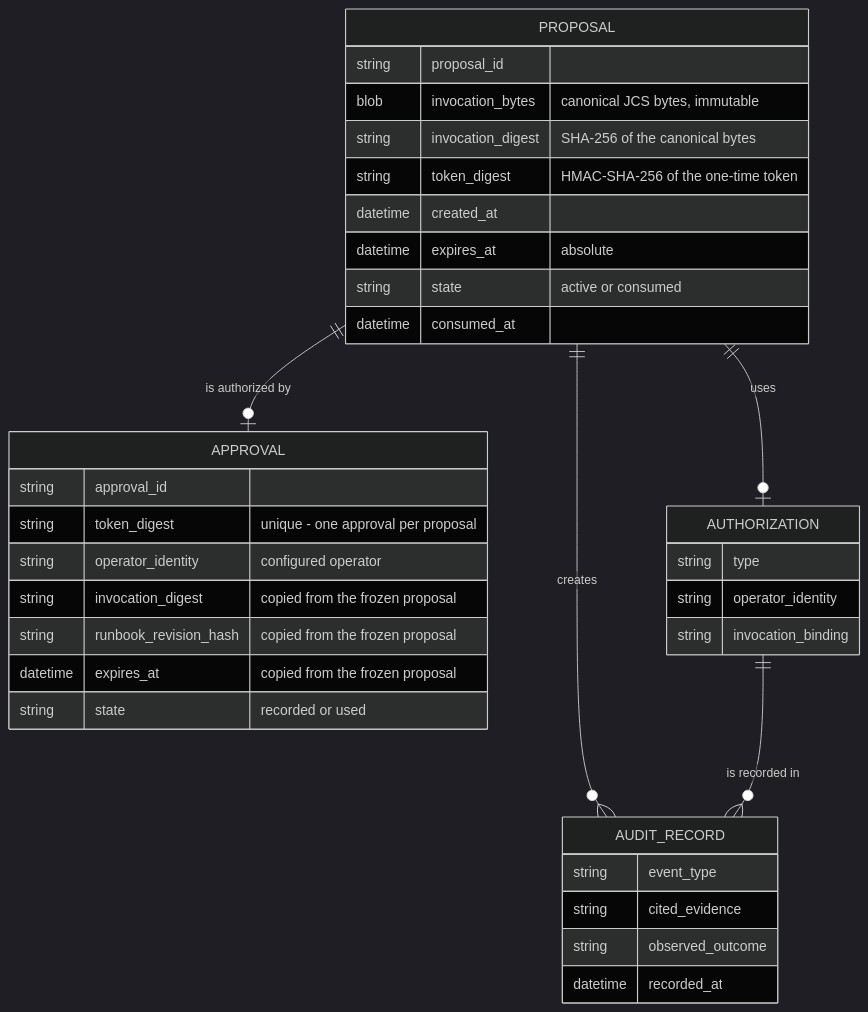
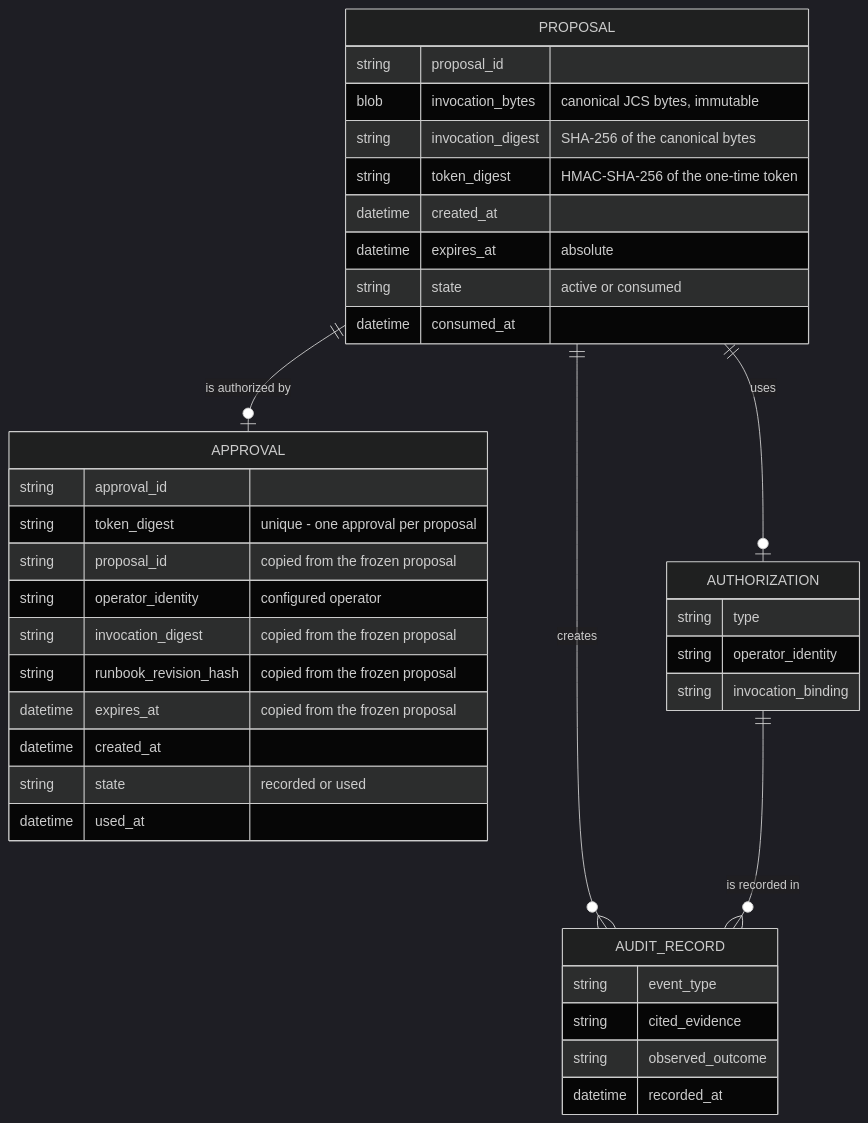
One commit to alanfong93/ops-guard changed the second of 2 diagrams in docs/architecture.md. Above: the diagram before and after it, drawn with Mermaid (dark theme). The commit also changed 3 other files, not shown here.

````diff
--- a/docs/architecture.md
+++ b/docs/architecture.md
@@ -28,37 +28,40 @@
 ```mermaid
 erDiagram
     PROPOSAL ||--o| APPROVAL : "is authorized by"
     PROPOSAL ||--o| AUTHORIZATION : "uses"
     PROPOSAL ||--o{ AUDIT_RECORD : "creates"
     AUTHORIZATION ||--o{ AUDIT_RECORD : "is recorded in"
     PROPOSAL {
         string proposal_id
         blob invocation_bytes "canonical JCS bytes, immutable"
         string invocation_digest "SHA-256 of the canonical bytes"
         string token_digest "HMAC-SHA-256 of the one-time token"
         datetime created_at
         datetime expires_at "absolute"
         string state "active or consumed"
         datetime consumed_at
     }
     APPROVAL {
         string approval_id
         string token_digest "unique - one approval per proposal"
+        string proposal_id "copied from the frozen proposal"
         string operator_identity "configured operator"
         string invocation_digest "copied from the frozen proposal"
         string runbook_revision_hash "copied from the frozen proposal"
         datetime expires_at "copied from the frozen proposal"
+        datetime created_at
         string state "recorded or used"
+        datetime used_at
     }
     AUTHORIZATION {
         string type
         string operator_identity
         string invocation_binding
     }
     AUDIT_RECORD {
         string event_type
         string cited_evidence
         string observed_outcome
         datetime recorded_at
     }
 ```
````
